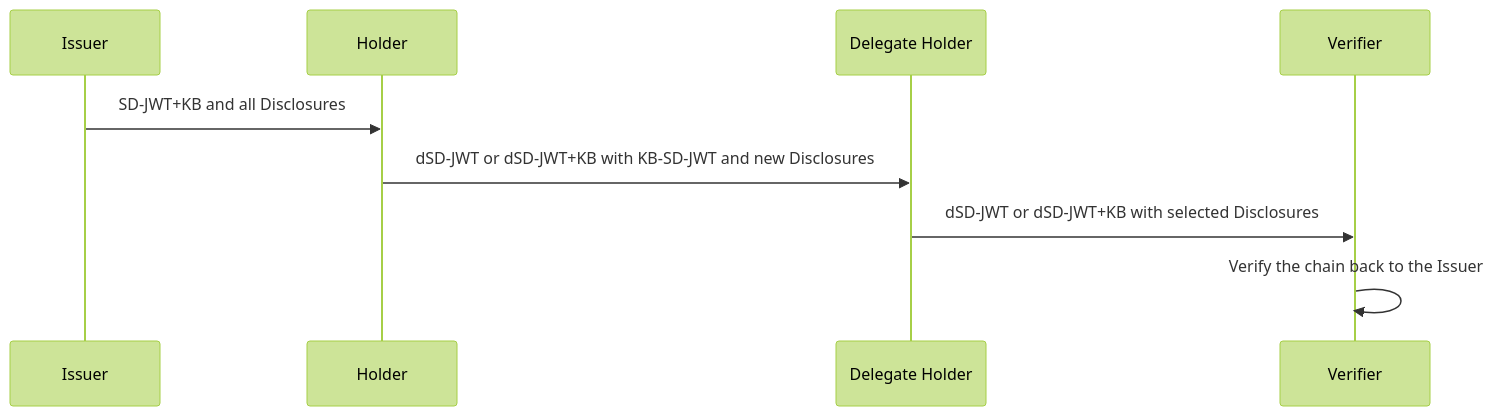
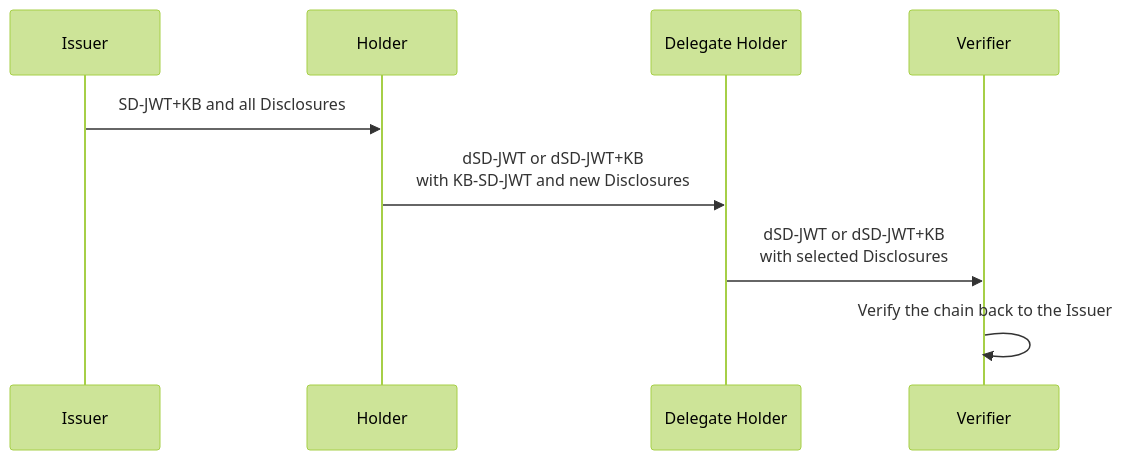
One commit to 0-draft/identity-deep-dive changed the diagram in tracks/oauth-wg/deep-dives/draft-ietf-oauth-delegate-sd-jwt/README.md. Above: the diagram before and after it, drawn with Mermaid (forest theme). The commit also changed 1 other file, not shown here.

Commit message:
docs(oauth-wg): break long delegate-sd-jwt diagram labels

````diff
--- a/tracks/oauth-wg/deep-dives/draft-ietf-oauth-delegate-sd-jwt/README.md
+++ b/tracks/oauth-wg/deep-dives/draft-ietf-oauth-delegate-sd-jwt/README.md
@@ -11,11 +11,11 @@
 ```mermaid
 sequenceDiagram
     participant I as Issuer
     participant H as Holder
     participant D as Delegate Holder
     participant V as Verifier
     I->>H: SD-JWT+KB and all Disclosures
-    H->>D: dSD-JWT or dSD-JWT+KB with KB-SD-JWT and new Disclosures
-    D->>V: dSD-JWT or dSD-JWT+KB with selected Disclosures
+    H->>D: dSD-JWT or dSD-JWT+KB<br/>with KB-SD-JWT and new Disclosures
+    D->>V: dSD-JWT or dSD-JWT+KB<br/>with selected Disclosures
     V->>V: Verify the chain back to the Issuer
 ```
````
